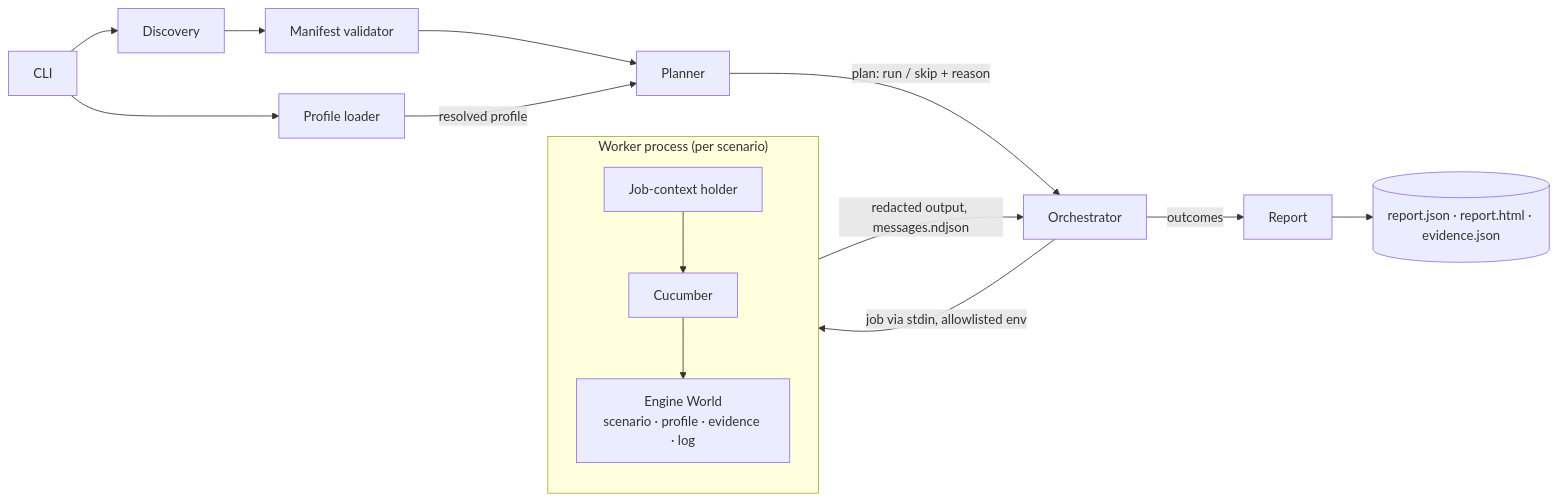
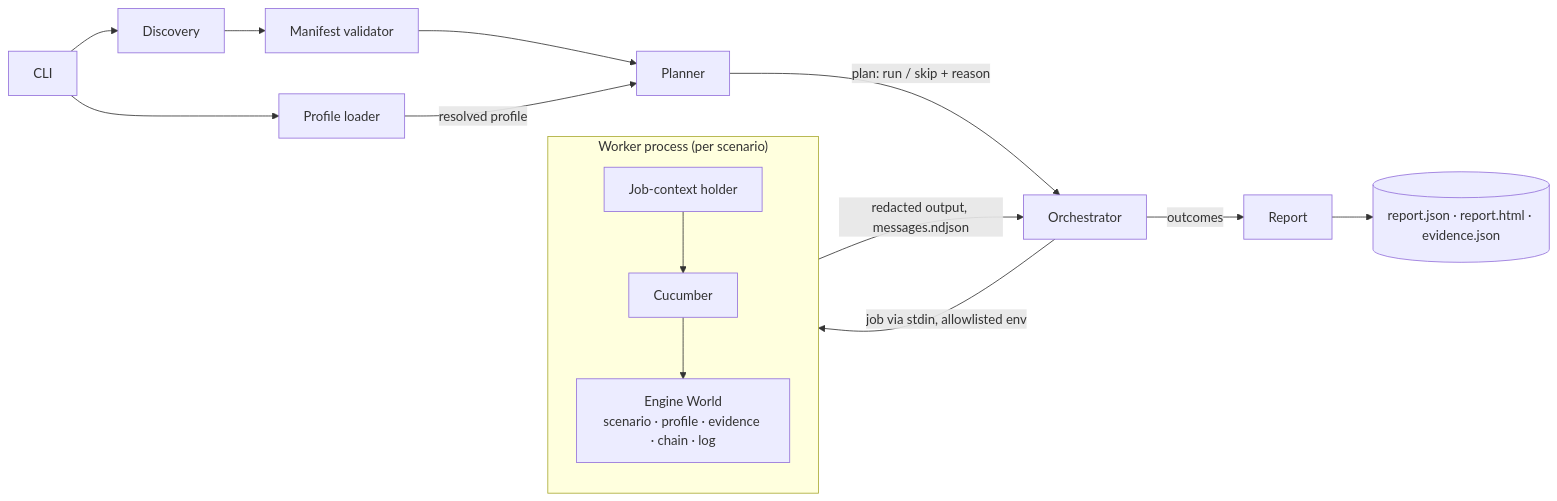
Before and after one commit to zama-ai/fhevm: the diagram in test-suite/test-engine/README.md, drawn with Mermaid. The commit also changed other lines of this file and 45 other files, not shown here.

First line of the commit message:
test(test-suite): step 1b - chain profile section and chain module

````diff
--- a/test-suite/test-engine/README.md
+++ b/test-suite/test-engine/README.md
@@ -312,16 +375,16 @@
 ```mermaid
 flowchart LR
     CLI --> Discovery --> Validator["Manifest validator"]
     CLI --> Profiles["Profile loader"]
     Validator --> Planner
     Profiles -->|"resolved profile"| Planner
     Planner -->|"plan: run / skip + reason"| Orchestrator
     Orchestrator -->|"job via stdin, allowlisted env"| Worker
     subgraph Worker["Worker process (per scenario)"]
         JobContext["Job-context holder"] --> Cucumber
-        Cucumber --> World["Engine World<br/>scenario · profile · evidence · log"]
+        Cucumber --> World["Engine World<br/>scenario · profile · evidence · chain · log"]
     end
     Worker -->|"redacted output, messages.ndjson"| Orchestrator
     Orchestrator -->|"outcomes"| Report
     Report --> Outputs[("report.json · report.html · evidence.json")]
 ```
````
